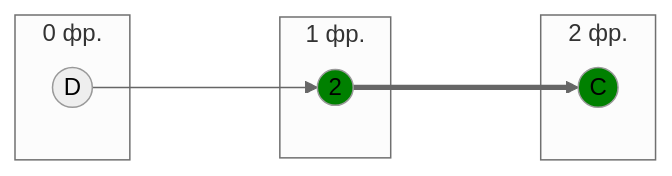
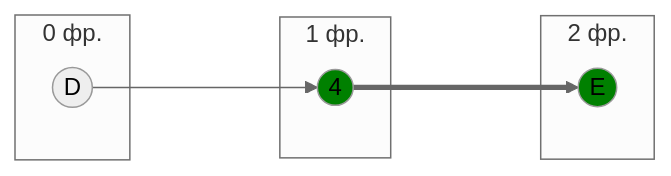
The eighth of 15 diagrams in Задание 8/programturtles.md (algos-ris-24-4/manual-tasks), drawn with Mermaid (neutral theme) before and after one commit. The commit also changed other lines of this file, not shown here.

````diff
--- a/Задание 8/programturtles.md
+++ b/Задание 8/programturtles.md
@@ -306,16 +311,16 @@
 ```mermaid
 graph LR
     subgraph " 0 фр."
         D((D))
     end
     subgraph " 1 фр."
-        2((2))
+        4((4))
     end
     subgraph " 2 фр."
-        C((C))
+        E((E))
     end
-    D ---> 2 ===> C
+    D ---> 4 ===> E
     
-    style C fill:#008000
-    style 2 fill:#008000
+    style E fill:#008000
+    style 4 fill:#008000
 ```
````
